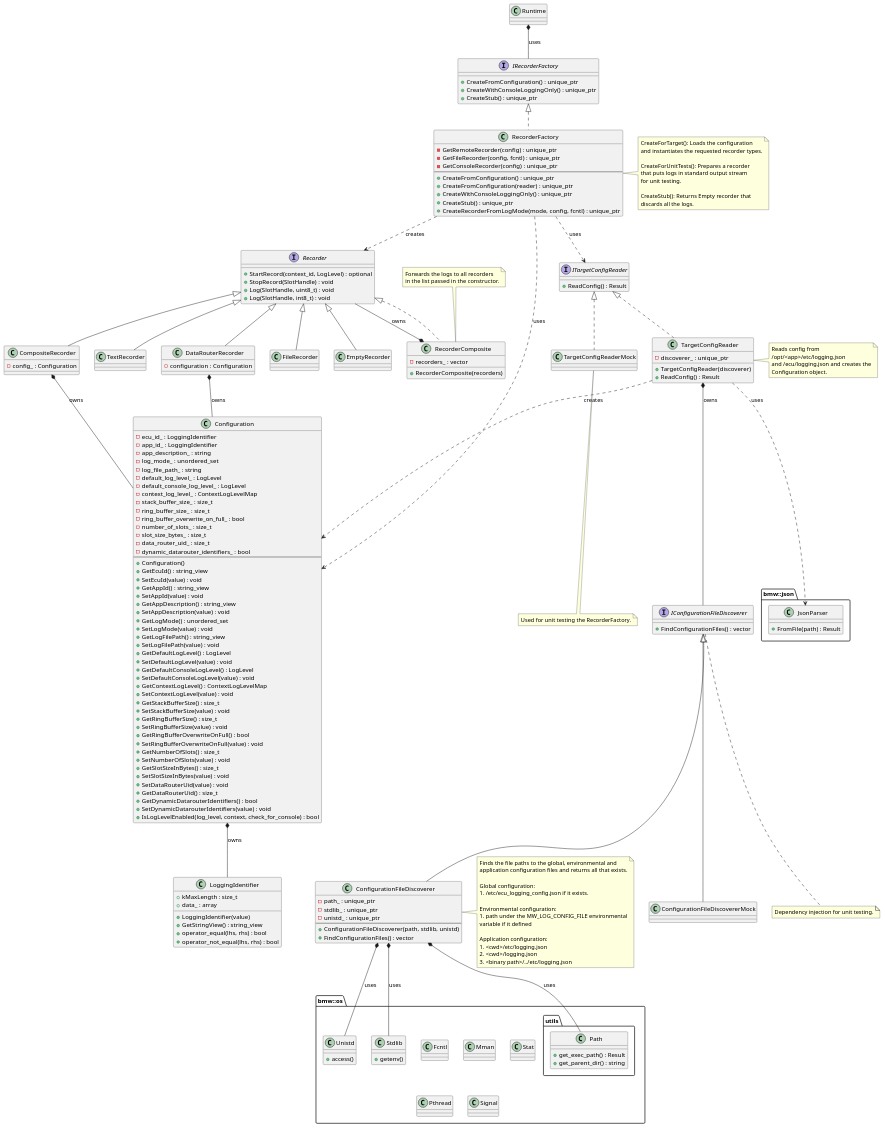
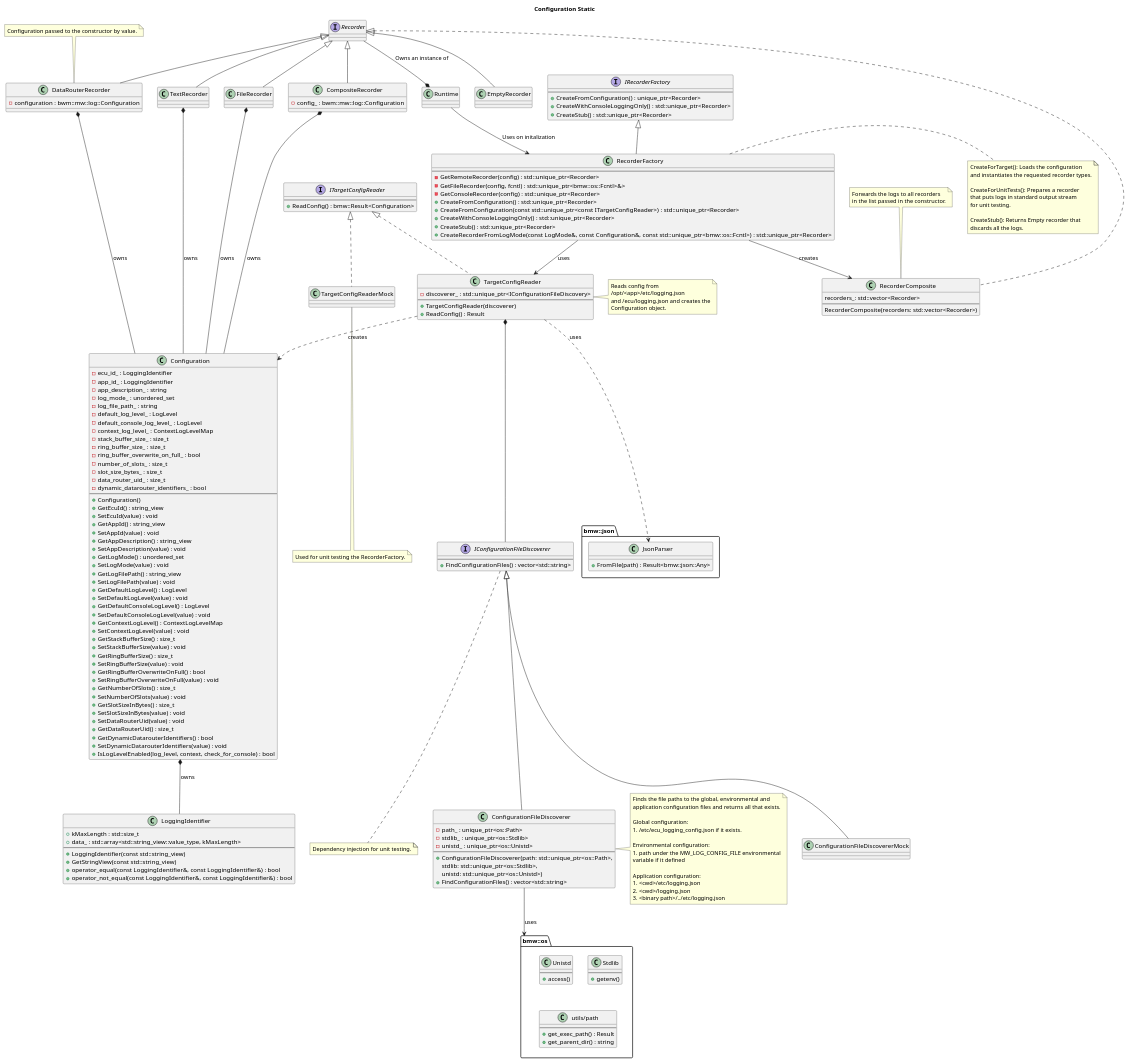
One commit to eclipse-score/inc_mw_log changed the diagram in design/configuration_static.puml. Above: the diagram before and after it, drawn with PlantUML. The commit also changed 9 other files, not shown here.

Commit message:
more diagrams

```diff
--- a/design/configuration_static.puml
+++ b/design/configuration_static.puml
@@ -1,52 +1,47 @@
 @startuml configuration_static
+title Configuration Static
 
 package "bmw::json" {
   class JsonParser {
-    +FromFile(path) : Result
+    +FromFile(path) : Result<bmw::json::Any>
   }
 }
 
-package "bmw::os" {
-  class Fcntl
-  class Mman  
+package "bmw::os" as os {
   class Unistd {
+    ---
     +access()
   }
-  class Stat
   class Stdlib {
+    ---
     +getenv()
   }
-  class Pthread
-  class Signal
   
-  package "utils" {
-    class Path {
-      +get_exec_path() : Result
-      +get_parent_dir() : string
-    }
+  class "utils/path" as Path {
+    ---
+    +get_exec_path() : Result
+    +get_parent_dir() : string
   }
 }
 
 interface Recorder {
-  +StartRecord(context_id, LogLevel) : optional
-  +StopRecord(SlotHandle) : void
-  +Log(SlotHandle, uint8_t) : void
-  +Log(SlotHandle, int8_t) : void
 }
 
-class TextRecorder
+class TextRecorder {}
+
 class DataRouterRecorder {
-  -configuration : Configuration
+  -configuration : bwm::mw::log::Configuration
 }
-class FileRecorder
-class EmptyRecorder
+class FileRecorder {}
+class EmptyRecorder {}
 class CompositeRecorder {
-  -config_ : Configuration
+  -config_ : bwm::mw::log::Configuration
 }
 
-class RecorderComposite {
-  +RecorderComposite(recorders)
-  -recorders_ : vector
+class RecorderComposite{
+  recorders_: std::vector<Recorder>
+  ---
+  RecorderComposite(recorders: std::vector<Recorder>)
 }
 
 class Configuration {
@@ -101,59 +96,66 @@
 }
 
 interface ITargetConfigReader {
+  ---
+  +ReadConfig() : bmw::Result<Configuration>
+}
+
+class TargetConfigReader {
+  -discoverer_ : std::unique_ptr<IConfigurationFileDiscovery>
+  ---
+  +TargetConfigReader(discoverer)
   +ReadConfig() : Result
 }
 
-class TargetConfigReader {
-  +TargetConfigReader(discoverer)
-  +ReadConfig() : Result
-  -discoverer_ : unique_ptr
-}
-
-class TargetConfigReaderMock
+class TargetConfigReaderMock {}
 
 interface IConfigurationFileDiscoverer {
-  +FindConfigurationFiles() : vector
+  ---
+  +FindConfigurationFiles() : vector<std::string>
 }
 
 class ConfigurationFileDiscoverer {
-  -path_ : unique_ptr
-  -stdlib_ : unique_ptr
-  -unistd_ : unique_ptr
-  --
-  +ConfigurationFileDiscoverer(path, stdlib, unistd)
-  +FindConfigurationFiles() : vector
+  -path_ : unique_ptr<os::Path>
+  -stdlib_ : unique_ptr<os::Stdlib>
+  -unistd_ : unique_ptr<os::Unistd>
+  ---
+  +ConfigurationFileDiscoverer(path: std::unique_ptr<os::Path>,
+                               stdlib: std::unique_ptr<os::Stdlib>,
+                               unistd: std::unique_ptr<os::Unistd>)
+  +FindConfigurationFiles() : vector<std::string>
 }
 
-class ConfigurationFileDiscovererMock
+class ConfigurationFileDiscovererMock {}
 
 class RecorderFactory {
-  -GetRemoteRecorder(config) : unique_ptr
-  -GetFileRecorder(config, fcntl) : unique_ptr
-  -GetConsoleRecorder(config) : unique_ptr
-  --
-  +CreateFromConfiguration() : unique_ptr
-  +CreateFromConfiguration(reader) : unique_ptr
-  +CreateWithConsoleLoggingOnly() : unique_ptr
-  +CreateStub() : unique_ptr
-  +CreateRecorderFromLogMode(mode, config, fcntl) : unique_ptr
+  ---
+  -GetRemoteRecorder(config) : std::unique_ptr<Recorder>
+  -GetFileRecorder(config, fcntl) : std::unique_ptr<bmw::os::Fcntl>&>
+  -GetConsoleRecorder(config) : std::unique_ptr<Recorder>
+  +CreateFromConfiguration() : std::unique_ptr<Recorder>
+  +CreateFromConfiguration(const std::unique_ptr<const ITargetConfigReader>) : std::unique_ptr<Recorder>
+  +CreateWithConsoleLoggingOnly() : std::unique_ptr<Recorder>
+  +CreateStub() : std::unique_ptr<Recorder>
+  +CreateRecorderFromLogMode(const LogMode&, const Configuration&, const std::unique_ptr<bmw::os::Fcntl>) : std::unique_ptr<Recorder>
 }
 
 interface IRecorderFactory {
-  +CreateFromConfiguration() : unique_ptr
-  +CreateWithConsoleLoggingOnly() : unique_ptr
-  +CreateStub() : unique_ptr
+  ---
+  +CreateFromConfiguration() : unique_ptr<Recorder>
+  +CreateWithConsoleLoggingOnly() : std::unique_ptr<Recorder>
+  +CreateStub() : std::unique_ptr<Recorder>
 }
 
-class Runtime
+class Runtime {}
 
 class LoggingIdentifier {
-  +LoggingIdentifier(value)
-  +GetStringView() : string_view
-  +operator_equal(lhs, rhs) : bool
-  +operator_not_equal(lhs, rhs) : bool
-  +kMaxLength : size_t
-  +data_ : array
+  +kMaxLength : std::size_t
+  +data_ : std::array<std::string_view::value_type, kMaxLength>
+  ---
+  +LoggingIdentifier(const std::string_view)
+  +GetStringView(const std::string_view)
+  +operator_equal(const LoggingIdentifier&, const LoggingIdentifier&) : bool
+  +operator_not_equal(const LoggingIdentifier&, const LoggingIdentifier&) : bool
 }
 
 ' Inheritance relationships
@@ -170,25 +172,25 @@
 IConfigurationFileDiscoverer <|-- ConfigurationFileDiscoverer
 IConfigurationFileDiscoverer <|-- ConfigurationFileDiscovererMock
 
-IRecorderFactory <|.. RecorderFactory
+IRecorderFactory <|-- RecorderFactory
 
 ' Composition and aggregation relationships
 DataRouterRecorder *-- Configuration : owns
 CompositeRecorder *-- Configuration : owns
-RecorderComposite *-- Recorder : owns
-TargetConfigReader *-- IConfigurationFileDiscoverer : owns
-ConfigurationFileDiscoverer *-- Path : uses
-ConfigurationFileDiscoverer *-- Stdlib : uses
-ConfigurationFileDiscoverer *-- Unistd : uses
+TextRecorder *-- Configuration : owns
+FileRecorder *-- Configuration : owns
+Recorder --* Runtime: Owns an instance of
+
+TargetConfigReader *-- IConfigurationFileDiscoverer
+ConfigurationFileDiscoverer --> os : uses
 Configuration *-- LoggingIdentifier : owns
 
 ' Usage relationships
-RecorderFactory ..> Configuration : uses
-RecorderFactory ..> ITargetConfigReader : uses
-RecorderFactory ..> Recorder : creates
+RecorderFactory --> TargetConfigReader: uses
 TargetConfigReader ..> Configuration : creates
+RecorderFactory --> RecorderComposite: creates
 TargetConfigReader ..> JsonParser : uses
-Runtime *-- IRecorderFactory : uses
+Runtime --> RecorderFactory : Uses on initalization
 
 note top of RecorderComposite
   Forwards the logs to all recorders
@@ -218,6 +220,10 @@
   Used for unit testing the RecorderFactory.
 end note
 
+note top of DataRouterRecorder
+  Configuration passed to the constructor by value.
+end note
+
 note right of ConfigurationFileDiscoverer
   Finds the file paths to the global, environmental and 
   application configuration files and returns all that exists.
```
